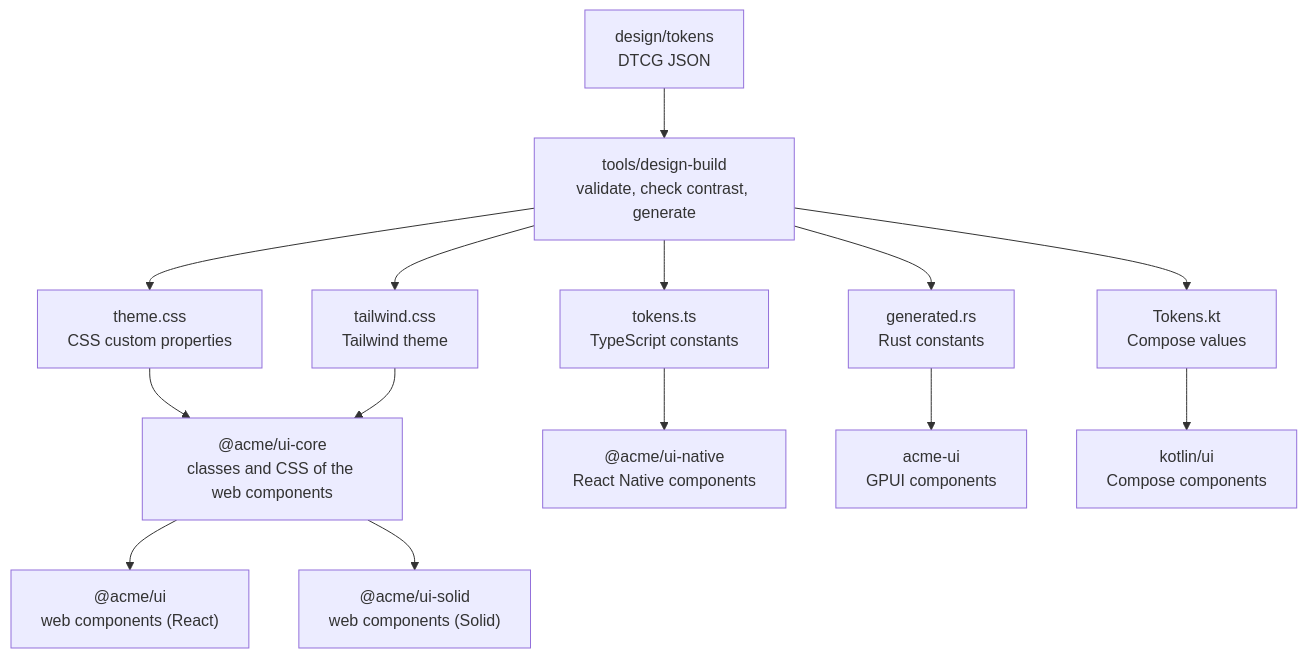
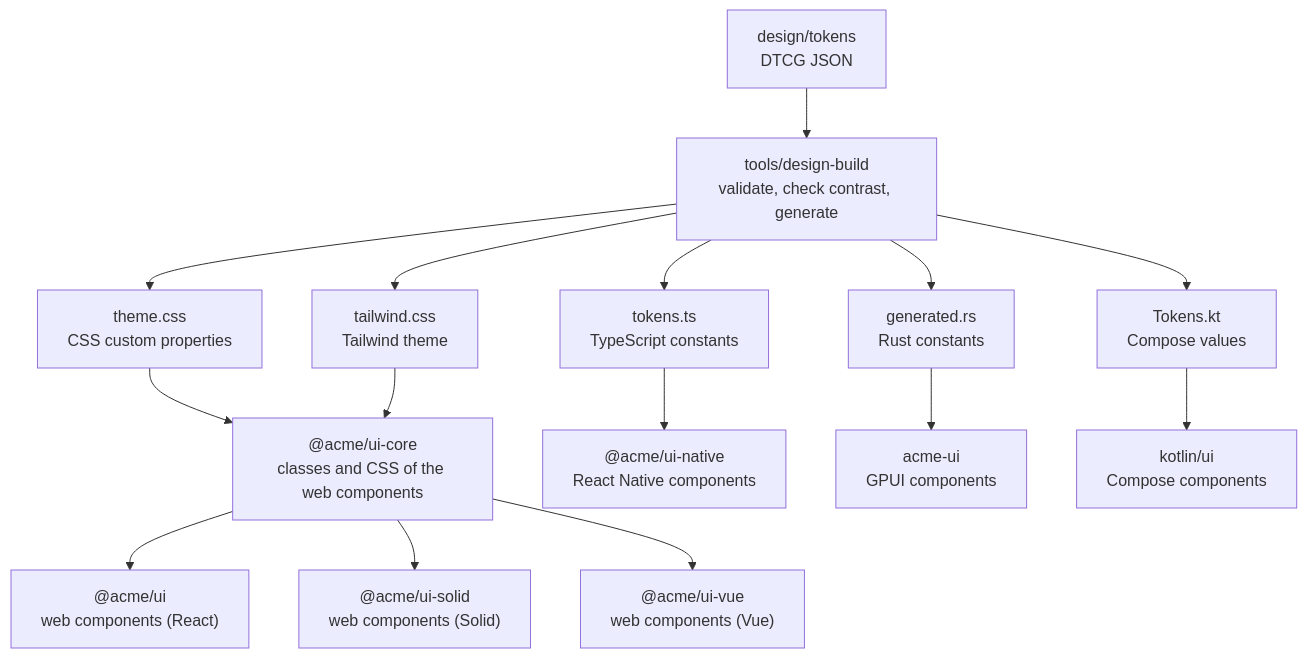
One commit to kjmin-dev/xds changed the first of 2 diagrams in docs/design-system.md. Above: the diagram before and after it, drawn with Mermaid. The commit also changed other lines of this file and 95 other files, not shown here.

````diff
--- a/docs/design-system.md
+++ b/docs/design-system.md
@@ -14,20 +14,21 @@
 ```mermaid
 flowchart TD
   SRC["design/tokens<br/>DTCG JSON"]
   BUILD["tools/design-build<br/>validate, check contrast, generate"]
   SRC --> BUILD
 
   BUILD --> CSS["theme.css<br/>CSS custom properties"]
   BUILD --> TW["tailwind.css<br/>Tailwind theme"]
   BUILD --> TS["tokens.ts<br/>TypeScript constants"]
   BUILD --> RS["generated.rs<br/>Rust constants"]
   BUILD --> KT["Tokens.kt<br/>Compose values"]
 
   CSS --> CORE["@acme/ui-core<br/>classes and CSS of the web components"]
   TW --> CORE
   CORE --> WEB["@acme/ui<br/>web components (React)"]
   CORE --> SOLID["@acme/ui-solid<br/>web components (Solid)"]
+  CORE --> VUE["@acme/ui-vue<br/>web components (Vue)"]
   TS --> RN["@acme/ui-native<br/>React Native components"]
   RS --> UI["acme-ui<br/>GPUI components"]
   KT --> CMP["kotlin/ui<br/>Compose components"]
 ```
````
